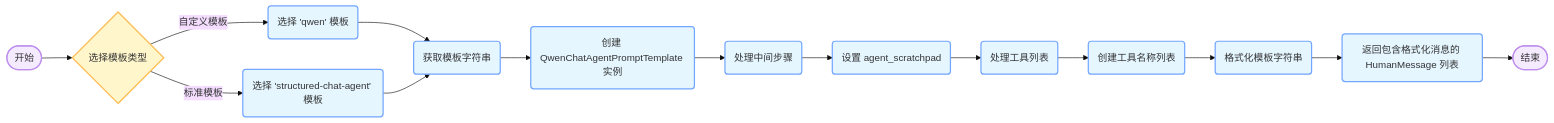
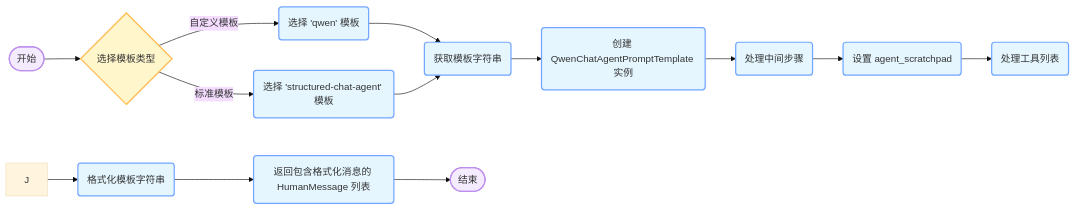
One commit to sdgixfg/iodraw-files changed the diagram in all/未命名-2.md. Above: the diagram before and after it, drawn with Mermaid (base theme).

Commit message:
2025-05-24 14:34:57 update

````diff
--- a/all/未命名-2.md
+++ b/all/未命名-2.md
@@ -1,20 +1,20 @@
 ```mermaid
 graph LR
     classDef startend fill:#F5EBFF,stroke:#BE8FED,stroke-width:2px
     classDef process fill:#E5F6FF,stroke:#73A6FF,stroke-width:2px
     classDef decision fill:#FFF6CC,stroke:#FFBC52,stroke-width:2px
     
     A([开始]):::startend --> B{选择模板类型}:::decision
     B -->|自定义模板| C(选择 'qwen' 模板):::process
     B -->|标准模板| D(选择 'structured-chat-agent' 模板):::process
     C --> E(获取模板字符串):::process
     D --> E
     E --> F(创建 QwenChatAgentPromptTemplate 实例):::process
     F --> G(处理中间步骤):::process
     G --> H(设置 agent_scratchpad):::process
     H --> I(处理工具列表):::process
-    I --> J(创建工具名称列表):::process
+    %% I --> J(创建工具名称列表):::process
     J --> K(格式化模板字符串):::process
     K --> L(返回包含格式化消息的 HumanMessage 列表):::process
     L --> M([结束]):::startend
 ```
````
